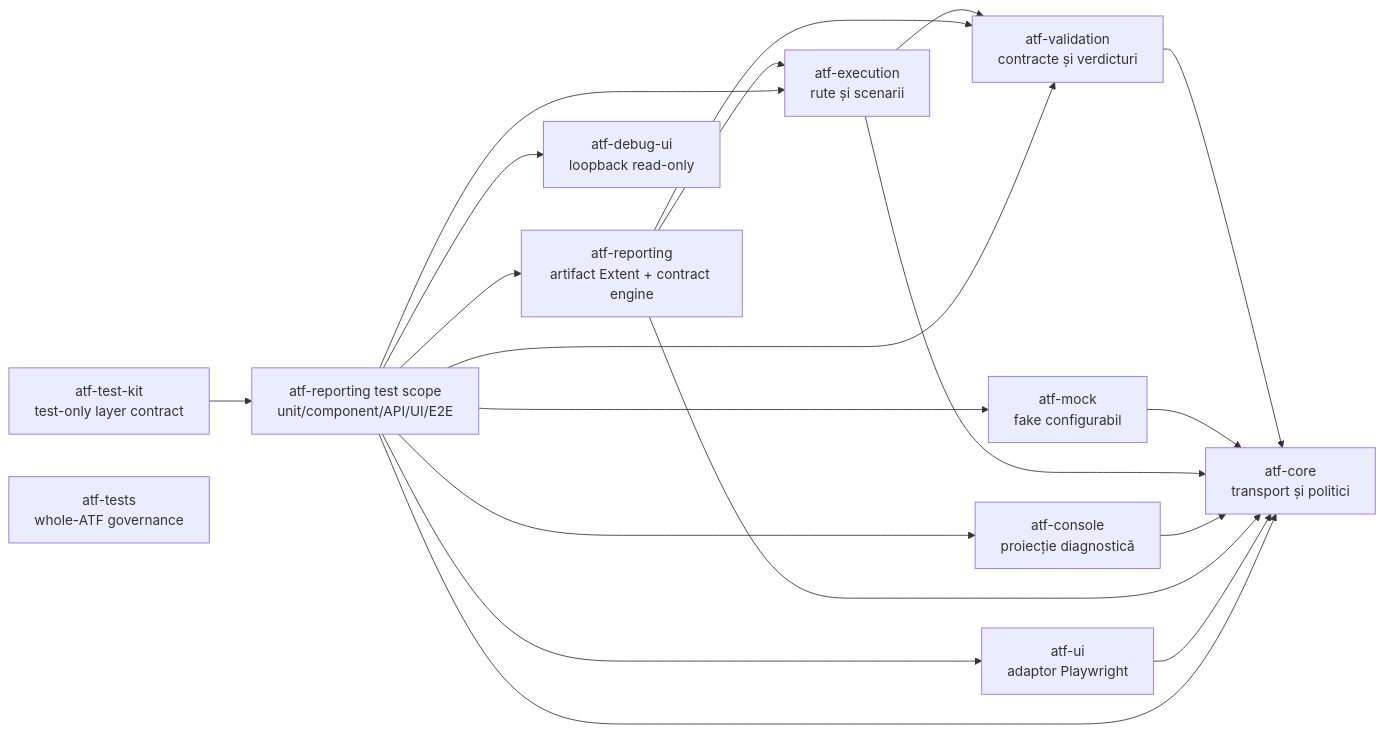
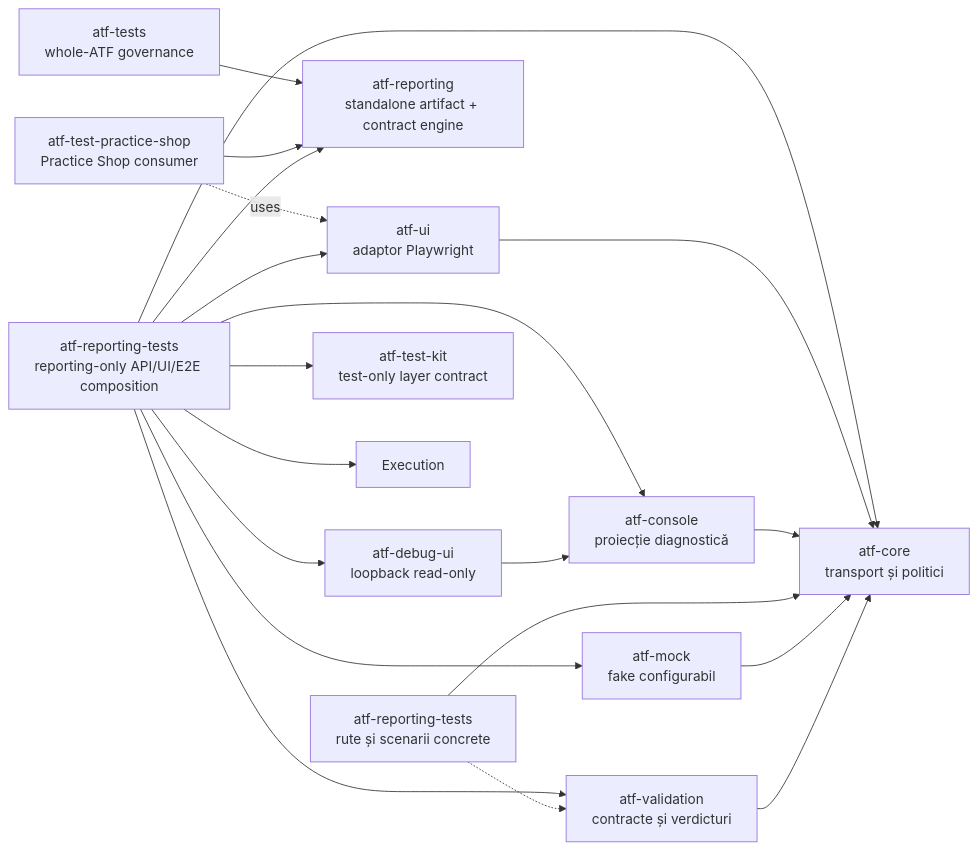
One commit to crististefanita/demo2 changed the first of 9 diagrams in docs/ATF_Architecture.md. Above: the diagram before and after it, drawn with Mermaid. The commit also changed other lines of this file and 894 other files, not shown here.

````diff
--- a/docs/ATF_Architecture.md
+++ b/docs/ATF_Architecture.md
@@ -7,23 +25,23 @@
-~~~mermaid
+```mermaid
 flowchart LR
     Validation[atf-validation<br/>contracte și verdicturi] --> Core[atf-core<br/>transport și politici]
     Mock[atf-mock<br/>fake configurabil] --> Core
-    Execution[atf-execution<br/>rute și scenarii] --> Validation
-    Execution --> Core
+    ReportingFixtures[atf-reporting-tests<br/>rute și scenarii concrete] -.-> Validation
+    ReportingFixtures --> Core
     Console[atf-console<br/>proiecție diagnostică] --> Core
-    Reporting[atf-reporting<br/>artifact Extent + contract engine] --> Core
-    Reporting --> Validation
-    Reporting --> Execution
+    Reporting[atf-reporting<br/>standalone artifact + contract engine]
     Ui[atf-ui<br/>adaptor Playwright] --> Core
-    DebugUi[atf-debug-ui<br/>loopback read-only]
-    TestKit[atf-test-kit<br/>test-only layer contract] --> ReportingTests
-    ReportingTests[atf-reporting test scope<br/>unit/component/API/UI/E2E] --> Execution
+    DebugUi[atf-debug-ui<br/>loopback read-only] --> Console
+    ReportingTests[atf-reporting-tests<br/>reporting-only API/UI/E2E composition] --> TestKit[atf-test-kit<br/>test-only layer contract]
+    ReportingTests --> Execution
     ReportingTests --> Mock
     ReportingTests --> Validation
     ReportingTests --> Console
     ReportingTests --> Reporting
     ReportingTests --> Ui
     ReportingTests --> DebugUi
     ReportingTests --> Core
-    Tests[atf-tests<br/>whole-ATF governance]
-~~~
+    Shop[atf-test-practice-shop<br/>Practice Shop consumer] --> Reporting
+    Shop -. uses .-> Ui
+    Tests[atf-tests<br/>whole-ATF governance] --> Reporting
+```
````
